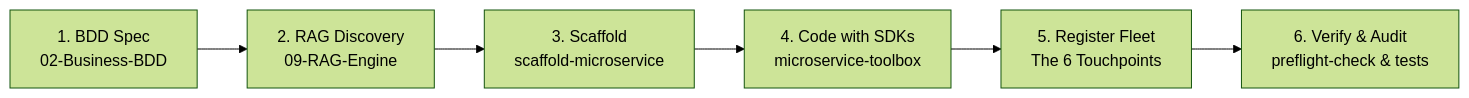
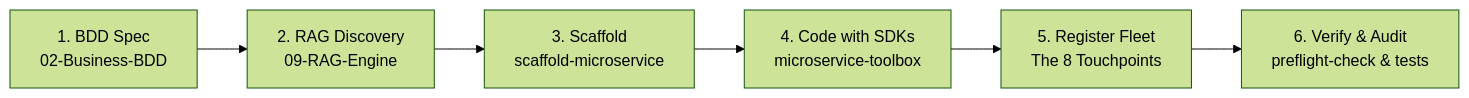
Before and after one commit to Bastien-Antigravity/squad-agent-brain: the diagram in AGENTS.md, drawn with Mermaid (forest theme). The commit also changed other lines of this file and 22 other files, not shown here.

Commit message:
feat: enhance compliance validation engine with new architectural invariants and checks

````diff
--- a/AGENTS.md
+++ b/AGENTS.md
@@ -89,8 +81,8 @@
 ```mermaid
 flowchart LR
     BDD["1. BDD Spec<br/>02-Business-BDD"] --> RAG["2. RAG Discovery<br/>09-RAG-Engine"]
     RAG --> SCAF["3. Scaffold<br/>scaffold-microservice"]
     SCAF --> CODE["4. Code with SDKs<br/>microservice-toolbox"]
-    CODE --> REG["5. Register Fleet<br/>The 6 Touchpoints"]
+    CODE --> REG["5. Register Fleet<br/>The 8 Touchpoints"]
     REG --> VERIF["6. Verify & Audit<br/>preflight-check & tests"]
 ```
````
